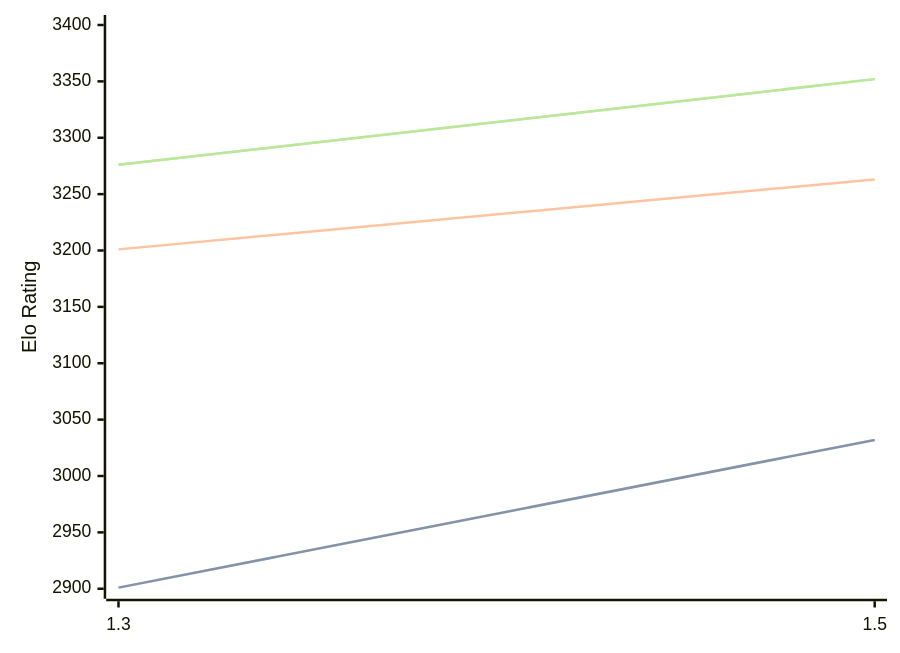
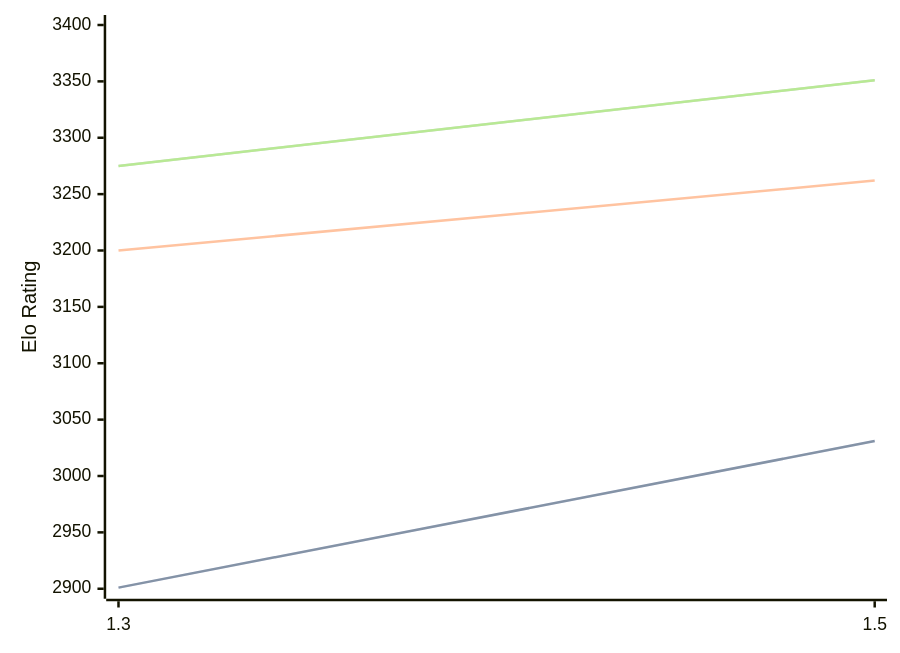
Before and after one commit to computer-chess-index/cci: the diagram in engines/Lambergar.md, drawn with Mermaid. The commit also changed other lines of this file, not shown here.

Commit message:
Update CCI Ratings (ELO VLTC) - 2026-08-03

````diff
--- a/engines/Lambergar.md
+++ b/engines/Lambergar.md
@@ -44,11 +44,11 @@
 ```mermaid
 %%{init: {"theme":"base","themeVariables":{"seriesColors:['#a3a3a3','#222221','#faa371']}}}%%
 xychart-beta
   x-axis ["1.3", "1.5"]
   y-axis "Elo Rating" 2900 --> 3400
-  line "STC (8.0+0.08s)" [2901, 3032]
-  line "STC (8.0+0.08s)" [2901, 3032]
-  line "LTC (60.0+0.60s)" [3201, 3263]
-  line "VLTC (2m24s+1.12s)" [3276, 3352]
-  line "VLTC (2m24s+1.12s)" [3276, 3352]
+  line "STC (8.0+0.08s)" [2901, 3031]
+  line "STC (8.0+0.08s)" [2901, 3031]
+  line "LTC (60.0+0.60s)" [3200, 3262]
+  line "VLTC (2m24s+1.12s)" [3275, 3351]
+  line "VLTC (2m24s+1.12s)" [3275, 3351]
 ```
````
